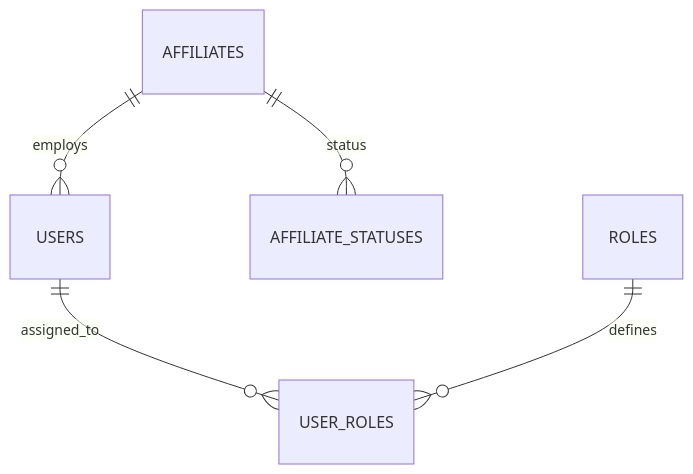
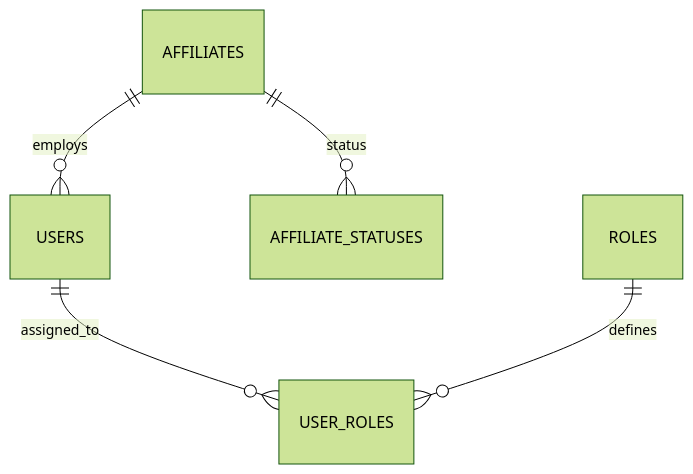
Before and after one commit to ShaneMillar96/FitBuddy: the second of 2 diagrams in README.md, drawn with Mermaid.

````diff
--- a/README.md
+++ b/README.md
@@ -102,8 +102,8 @@
 ```mermaid
-%%{init: {'theme':'default'}}%%
+%%{init: {'theme':'forest'}}%%
 erDiagram
     AFFILIATES ||--o{ USERS : employs
     AFFILIATES ||--o{ AFFILIATE_STATUSES : status
     USERS ||--o{ USER_ROLES : assigned_to
     ROLES ||--o{ USER_ROLES : defines
 ```
````
